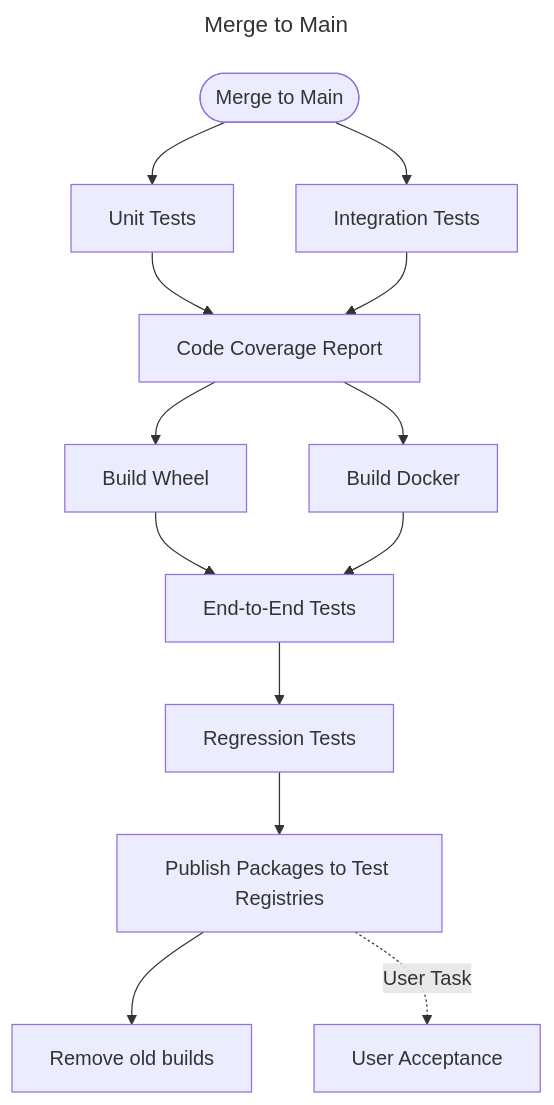
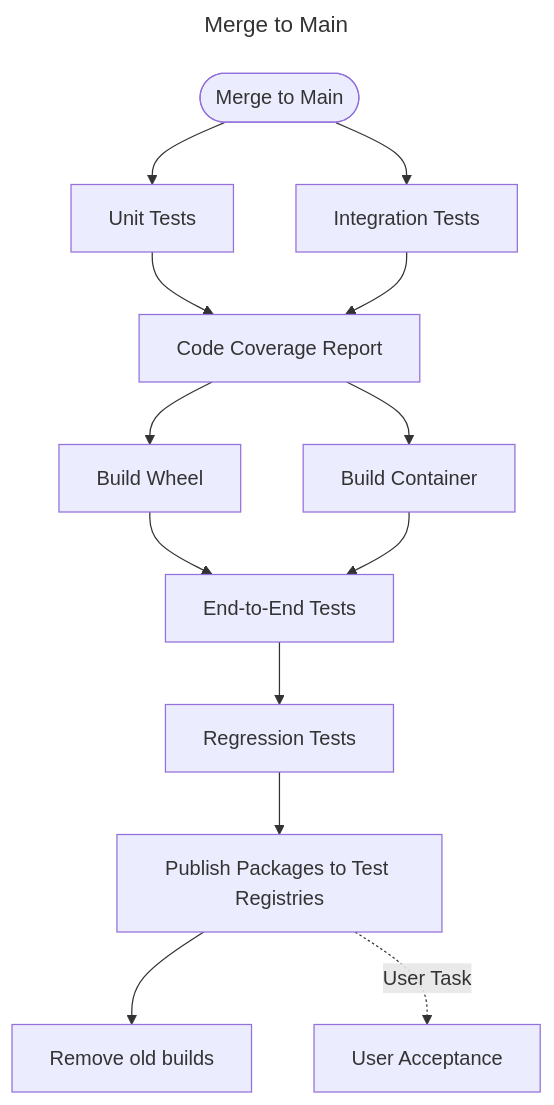
One commit to syntrend-io/syntrend changed the fourth of 5 diagrams in .github/README.md. Above: the diagram before and after it, drawn with Mermaid. The commit also changed other lines of this file and 2 other files, not shown here.

Commit message:
feat: Focus on PR tests

````diff
--- a/.github/README.md
+++ b/.github/README.md
@@ -115,14 +139,14 @@
 ```mermaid
 ---
 title: Merge to Main
 ---
 flowchart
     trCommit([Merge to Main]) --> jbUnitTests[Unit Tests] & jbIntegrationTests[Integration Tests]
     jbUnitTests & jbIntegrationTests --> jbReportCov[Code Coverage Report]
-    jbReportCov --> jbBuildWheel[Build Wheel] & jbBuildDocker[Build Docker]
-    jbBuildWheel & jbBuildDocker--> jbEndTests[End-to-End Tests]
+    jbReportCov --> jbBuildWheel[Build Wheel] & jbBuildContainer[Build Container]
+    jbBuildWheel & jbBuildContainer--> jbEndTests[End-to-End Tests]
     jbEndTests --> jbRegressionTests[Regression Tests]
     jbRegressionTests --> jbPublish[Publish Packages to Test Registries]
     jbPublish --> jbRemoveOldBuild[Remove old builds]
     jbPublish -.->|User Task| uat[User Acceptance]
 ```
````
